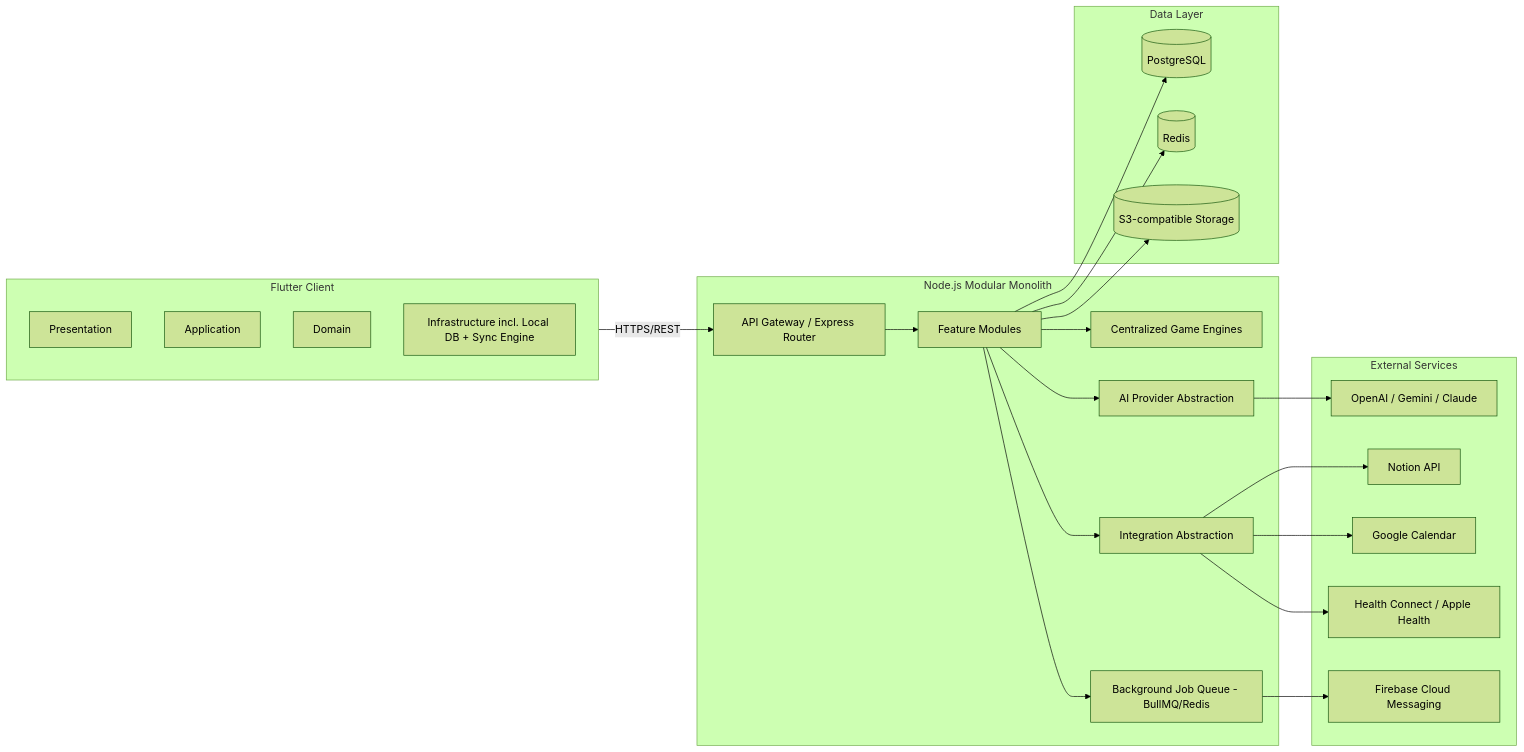
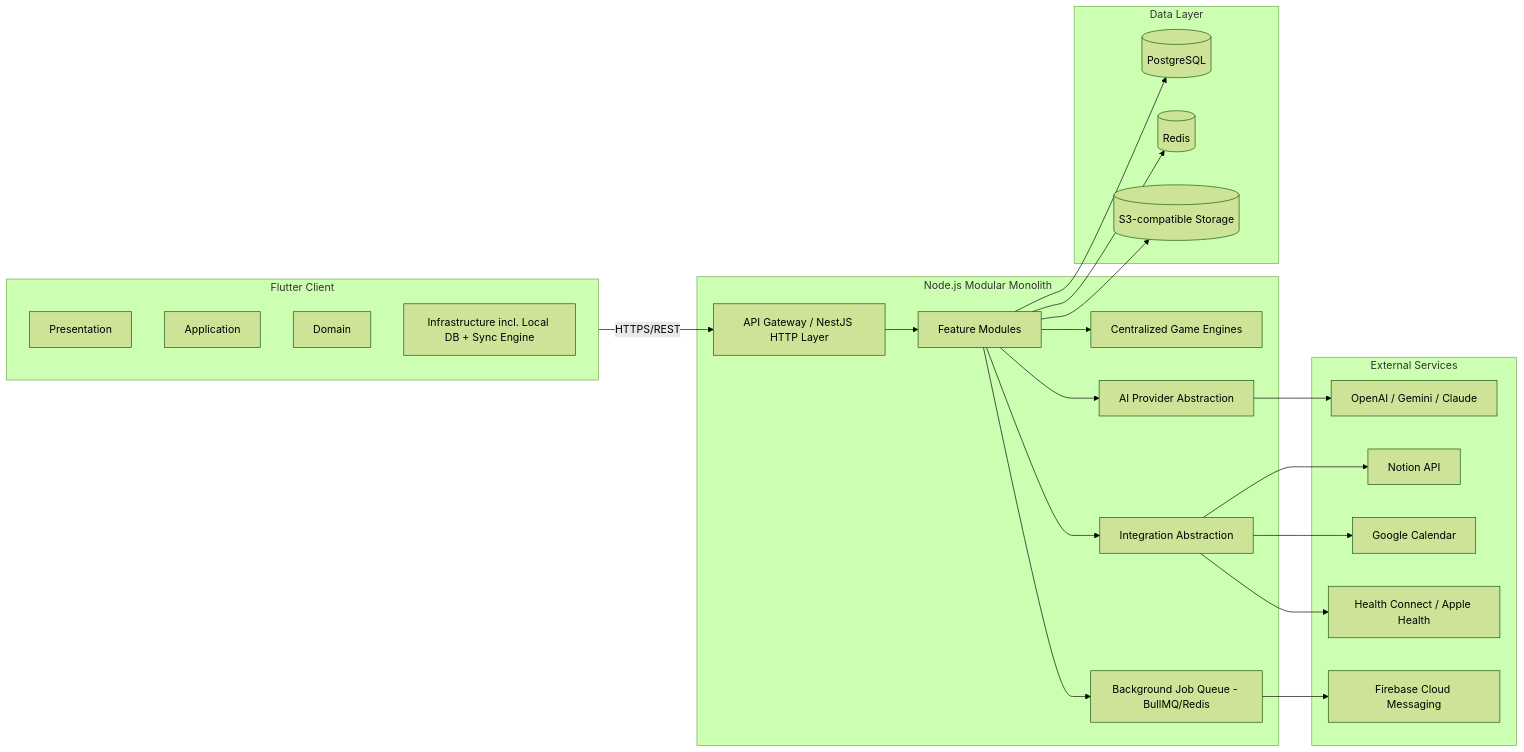
One commit to WantedFelconer/Arise changed the third of 13 diagrams in docs/ARISE_SRS.md. Above: the diagram before and after it, drawn with Mermaid (forest theme). The commit also changed other lines of this file and 1180 other files, not shown here.

````diff
--- a/docs/ARISE_SRS.md
+++ b/docs/ARISE_SRS.md
@@ -200,41 +200,41 @@
 ```mermaid
 flowchart LR
     subgraph Client [Flutter Client]
         FUI[Presentation]
         FAPP[Application]
         FDOM[Domain]
         FINF[Infrastructure incl. Local DB + Sync Engine]
     end
     subgraph Backend [Node.js Modular Monolith]
-        GW[API Gateway / Express Router]
+        GW[API Gateway / NestJS HTTP Layer]
         MODULES[Feature Modules]
         ENGINES[Centralized Game Engines]
         AIABS[AI Provider Abstraction]
         INTABS[Integration Abstraction]
         QUEUE[Background Job Queue - BullMQ/Redis]
     end
     subgraph Data [Data Layer]
         PG[(PostgreSQL)]
         REDIS[(Redis)]
         S3[(S3-compatible Storage)]
     end
     subgraph External [External Services]
         AIVENDOR[OpenAI / Gemini / Claude]
         NOTION[Notion API]
         GCAL[Google Calendar]
         HEALTH[Health Connect / Apple Health]
         FCM[Firebase Cloud Messaging]
     end
     Client -- HTTPS/REST --> GW
     GW --> MODULES
     MODULES --> ENGINES
     MODULES --> AIABS --> AIVENDOR
     MODULES --> INTABS --> NOTION
     INTABS --> GCAL
     INTABS --> HEALTH
     MODULES --> PG
     MODULES --> REDIS
     MODULES --> S3
     MODULES --> QUEUE
     QUEUE --> FCM
 ```
````
